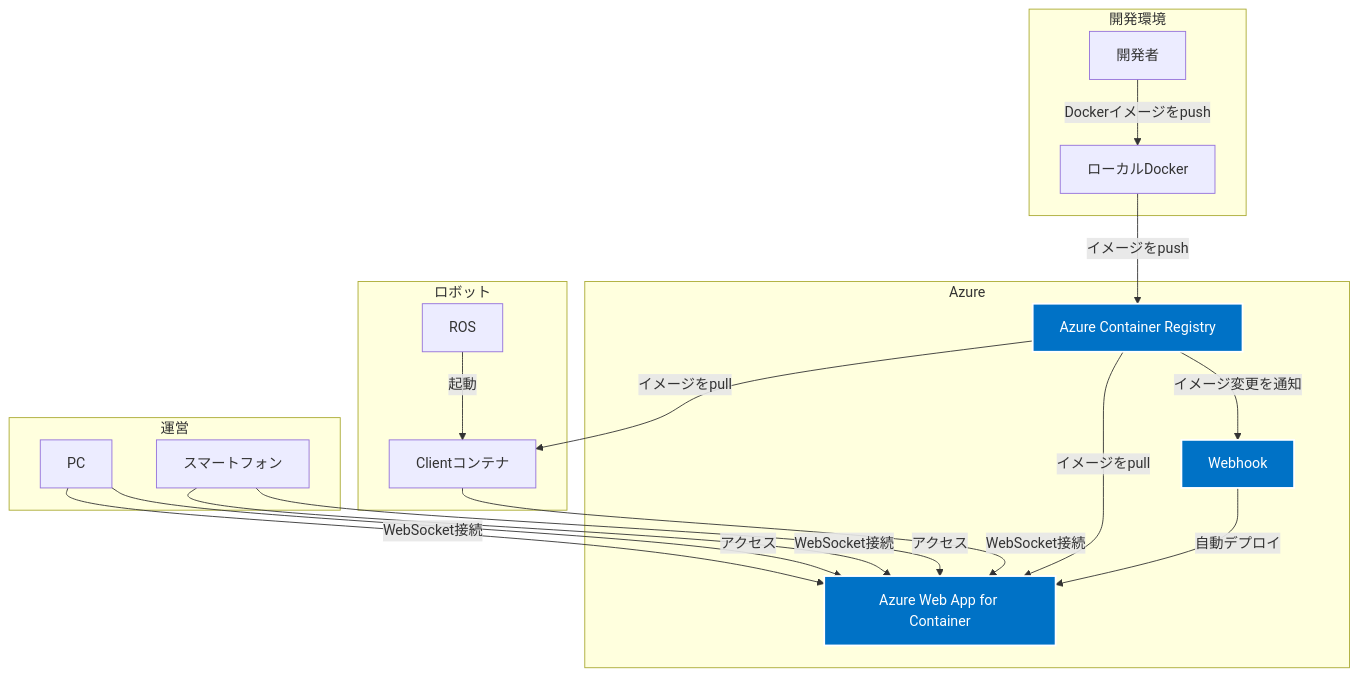
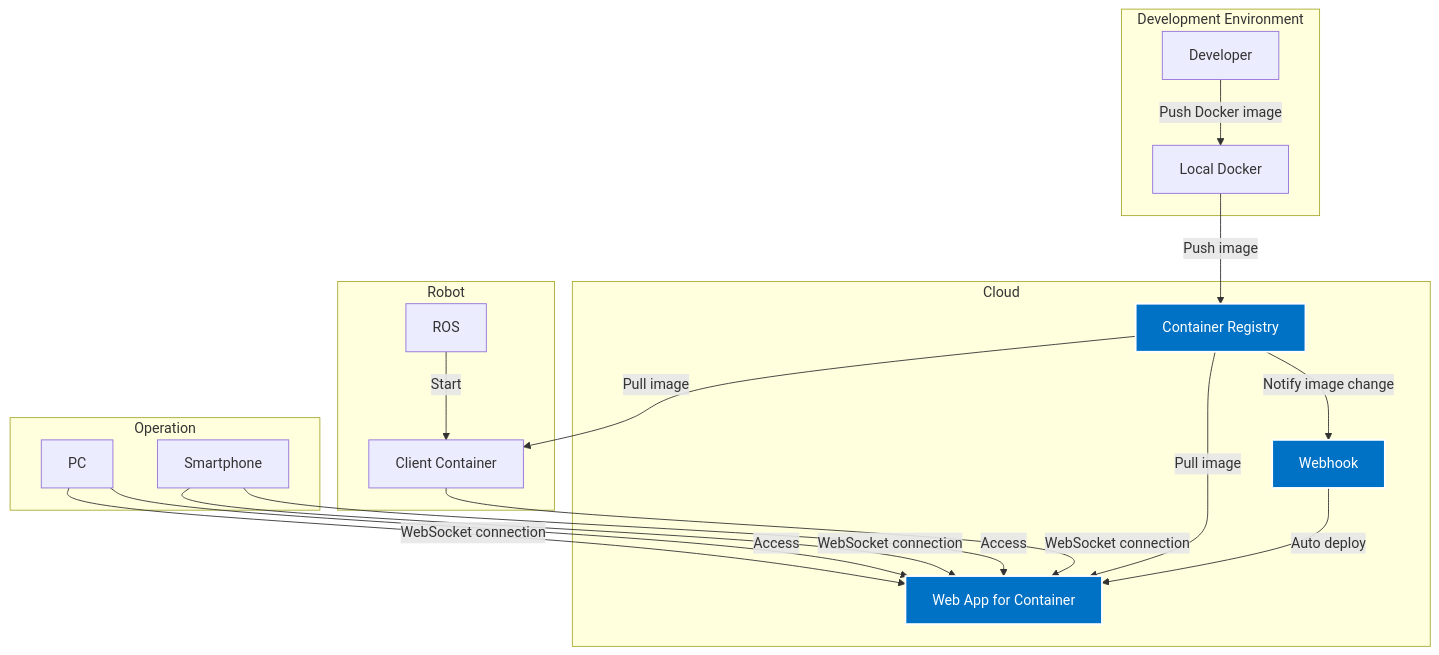
One commit to CMU-cabot/cabot-dashboard changed the first of 2 diagrams in README.md. Above: the diagram before and after it, drawn with Mermaid. The commit also changed other lines of this file, not shown here.

````diff
--- a/README.md
+++ b/README.md
@@ -20,39 +20,39 @@
 ```mermaid
 graph TB
-    subgraph "開発環境"
-        Dev[開発者]
-        LocalDocker[ローカルDocker]
+    subgraph "Development Environment"
+        Dev[Developer]
+        LocalDocker[Local Docker]
     end
 
-    subgraph "Azure"
-        ACR[Azure Container Registry]
-        WebApp[Azure Web App for Container]
+    subgraph "Cloud"
+        ACR[Container Registry]
+        WebApp[Web App for Container]
         Webhook[Webhook]
     end
 
-    subgraph "ロボット"
+    subgraph "Robot"
         ROS[ROS]
-        ClientDocker[Clientコンテナ]
+        ClientDocker[Client Container]
     end
 
-    subgraph "運営"
+    subgraph "Operation"
         PC[PC]
-        Smartphone[スマートフォン]
+        Smartphone[Smartphone]
     end
 
-    Dev -->|Dockerイメージをpush| LocalDocker
-    LocalDocker -->|イメージをpush| ACR
-    ACR -->|イメージ変更を通知| Webhook
-    Webhook -->|自動デプロイ| WebApp
-    ACR -->|イメージをpull| WebApp
-    ACR -->|イメージをpull| ClientDocker
-    ROS -->|起動| ClientDocker
-    PC -->|アクセス| WebApp
-    Smartphone -->|アクセス| WebApp
-    PC -->|WebSocket接続| WebApp
-    Smartphone -->|WebSocket接続| WebApp
-    ClientDocker -->|WebSocket接続| WebApp
+    Dev -->|Push Docker image| LocalDocker
+    LocalDocker -->|Push image| ACR
+    ACR -->|Notify image change| Webhook
+    Webhook -->|Auto deploy| WebApp
+    ACR -->|Pull image| WebApp
+    ACR -->|Pull image| ClientDocker
+    ROS -->|Start| ClientDocker
+    PC -->|Access| WebApp
+    Smartphone -->|Access| WebApp
+    PC -->|WebSocket connection| WebApp
+    Smartphone -->|WebSocket connection| WebApp
+    ClientDocker -->|WebSocket connection| WebApp
 
     classDef azure fill:#0072C6,stroke:#fff,stroke-width:2px,color:#fff;
     class ACR,WebApp,Blob,Webhook azure;
 ```
````
